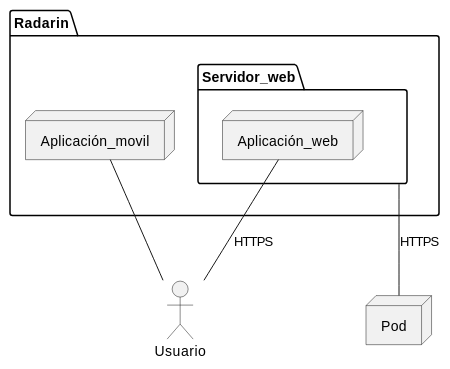
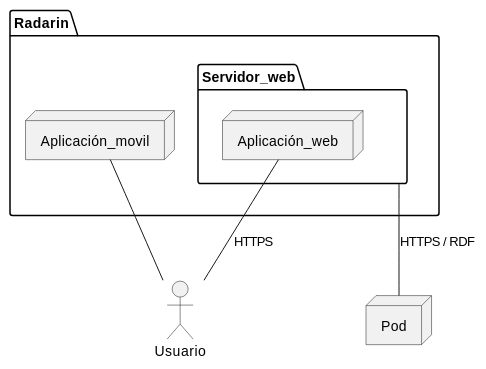
One commit to Arquisoft/radarin_es4b changed the second of 2 diagrams in webapp/docs/03_system_scope_and_context.adoc. Above: the diagram before and after it, drawn with PlantUML. The commit also changed 5 other files, not shown here.

```diff
--- a/webapp/docs/03_system_scope_and_context.adoc
+++ b/webapp/docs/03_system_scope_and_context.adoc
@@ -53,16 +53,16 @@
 [plantuml,"Diagrama contexto tecnico",png]
 ----
 @startuml
 node Pod
 actor Usuario
 package "Radarin" {
     node Aplicación_movil
     package Servidor_web {
         node Aplicación_web
     }
 }
 Usuario -right- Aplicación_movil
-Servidor_web -down- Pod: HTTPS
+Servidor_web -down- Pod: HTTPS / RDF
 Usuario -up- Aplicación_web: HTTPS
 @enduml
 ----
```
